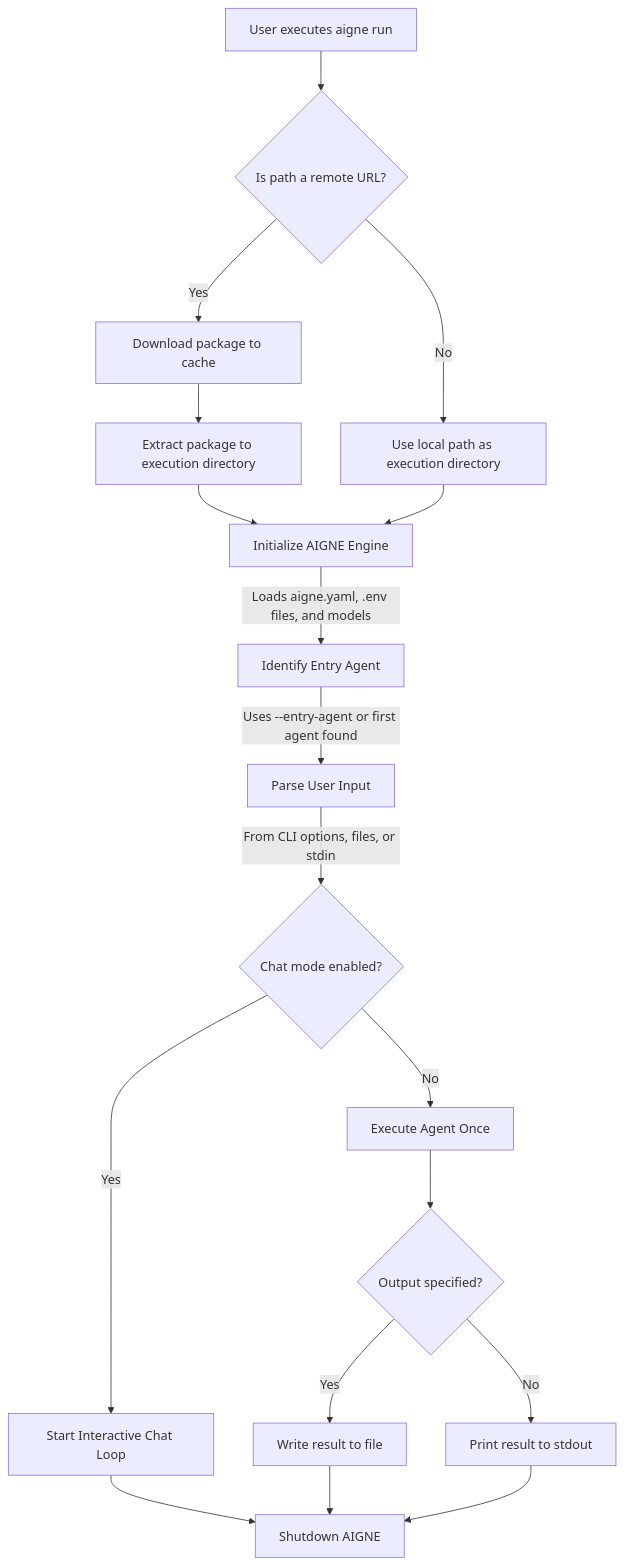
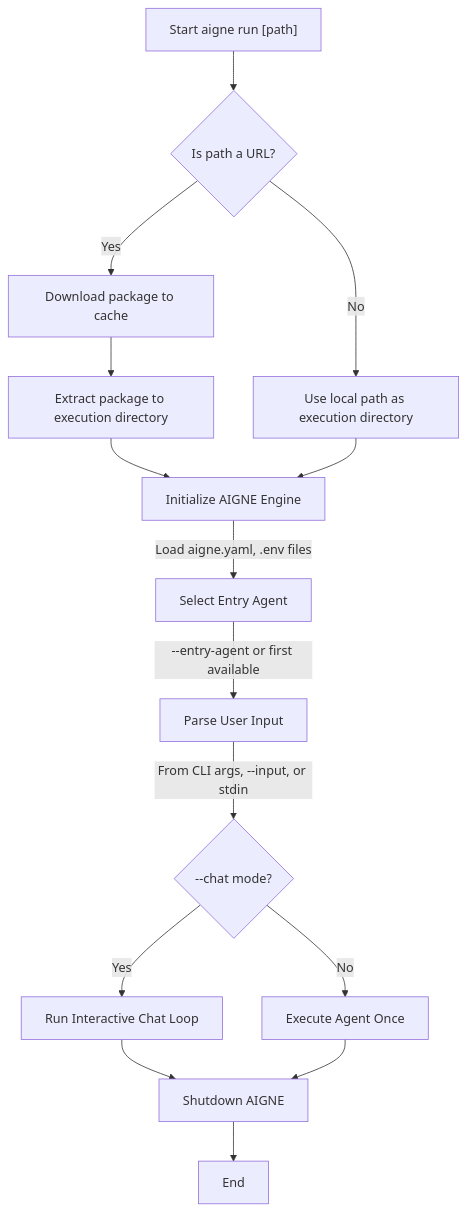
One commit to AIGNE-io/aigne-framework changed the diagram in packages/cli/docs/command-reference-run.md. Above: the diagram before and after it, drawn with Mermaid. The commit also changed other lines of this file and 24 other files, not shown here.

````diff
--- a/packages/cli/docs/command-reference-run.md
+++ b/packages/cli/docs/command-reference-run.md
@@ -32,20 +32,17 @@
 ```mermaid
 flowchart TD
-    A["User executes aigne run"] --> B{"Is path a remote URL?"};
+    A["Start aigne run [path]"] --> B{"Is path a URL?"};
     B -- "Yes" --> C["Download package to cache"];
     C --> D["Extract package to execution directory"];
     B -- "No" --> E["Use local path as execution directory"];
     D --> F["Initialize AIGNE Engine"];
     E --> F;
-    F -- "Loads aigne.yaml, .env files, and models" --> G["Identify Entry Agent"];
-    G -- "Uses --entry-agent or first agent found" --> H["Parse User Input"];
-    H -- "From CLI options, files, or stdin" --> I{"Chat mode enabled?"};
-    I -- "Yes" --> J["Start Interactive Chat Loop"];
+    F -- "Load aigne.yaml, .env files" --> G["Select Entry Agent"];
+    G -- "--entry-agent or first available" --> H["Parse User Input"];
+    H -- "From CLI args, --input, or stdin" --> I{"--chat mode?"};
+    I -- "Yes" --> J["Run Interactive Chat Loop"];
     I -- "No" --> K["Execute Agent Once"];
     J --> L["Shutdown AIGNE"];
-    K --> M{"Output specified?"};
-    M -- "Yes" --> N["Write result to file"];
-    M -- "No" --> O["Print result to stdout"];
-    N --> L;
-    O --> L;
+    K --> L;
+    L --> M["End"];
 ```
````
